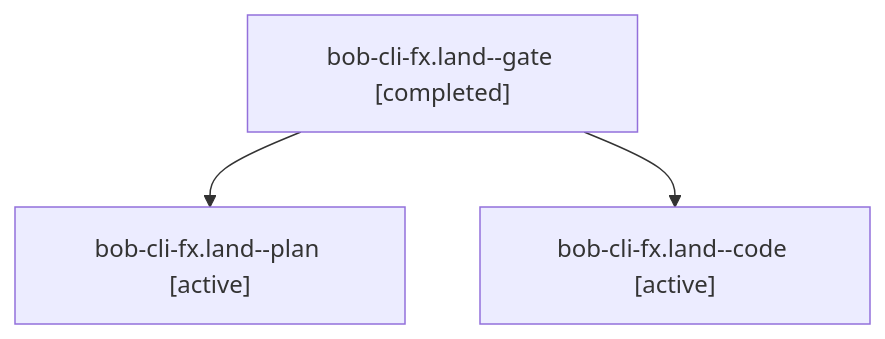
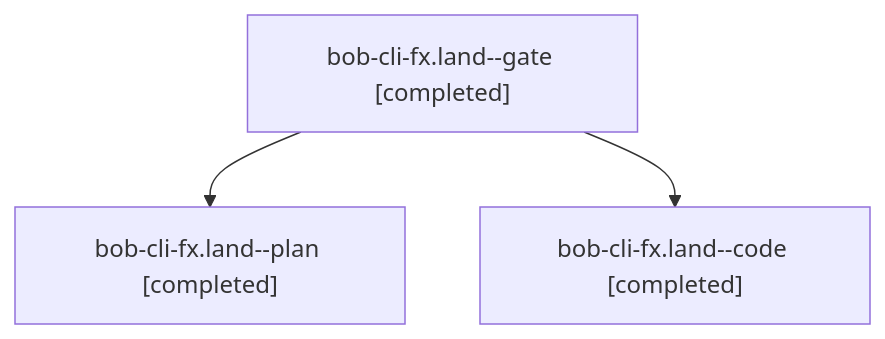
The diagram in sessions/bbugyi200.athena.bob-cli-fx.land.md (bobs-org/bob-cli--agents), drawn with Mermaid before and after one commit. The commit also changed other lines of this file and 16 other files, not shown here.

````diff
--- a/sessions/bbugyi200.athena.bob-cli-fx.land.md
+++ b/sessions/bbugyi200.athena.bob-cli-fx.land.md
@@ -9,8 +9,8 @@
 ```mermaid
 flowchart TD
   n0["bob-cli-fx.land--gate [completed]"]
-  n1["bob-cli-fx.land--plan [active]"]
+  n1["bob-cli-fx.land--plan [completed]"]
   n0 --> n1
-  n2["bob-cli-fx.land--code [active]"]
+  n2["bob-cli-fx.land--code [completed]"]
   n0 --> n2
 ```
````
